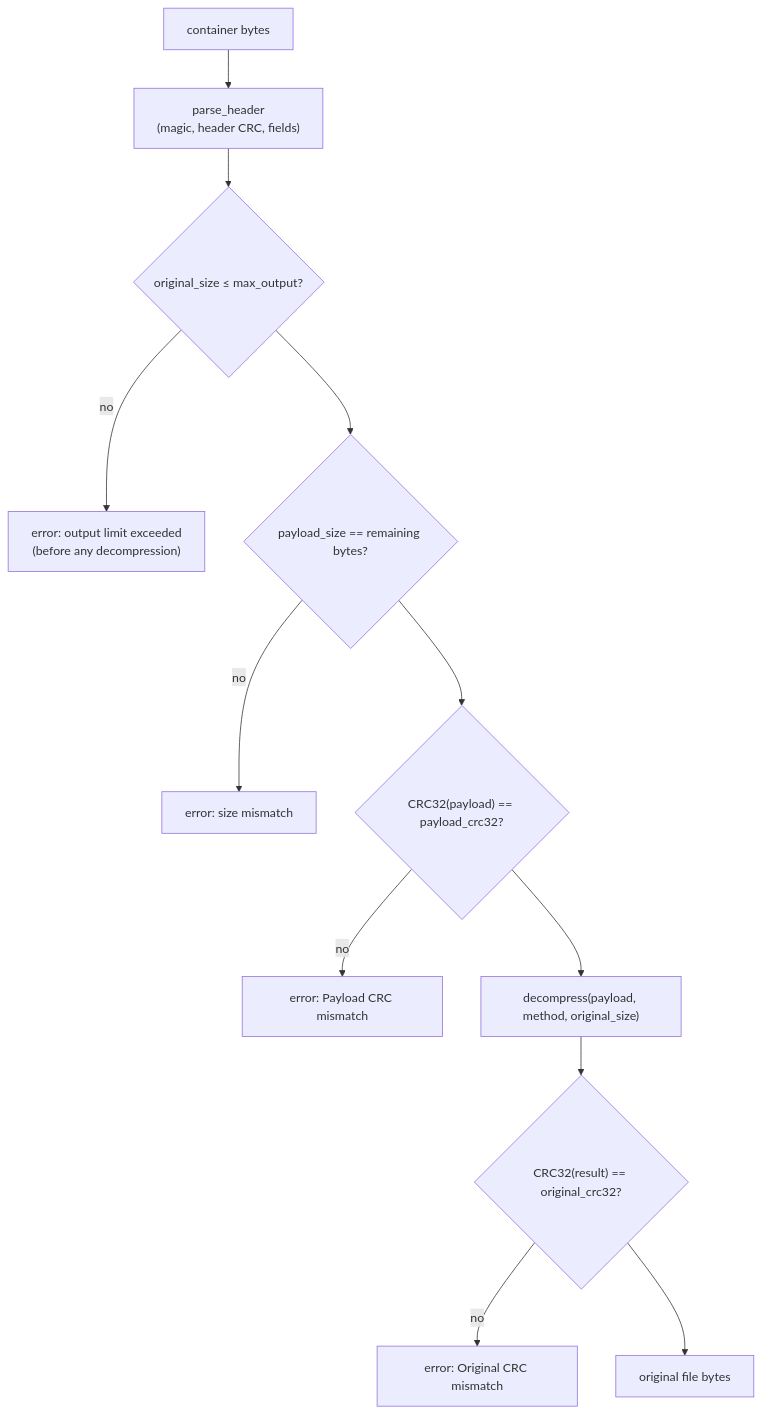
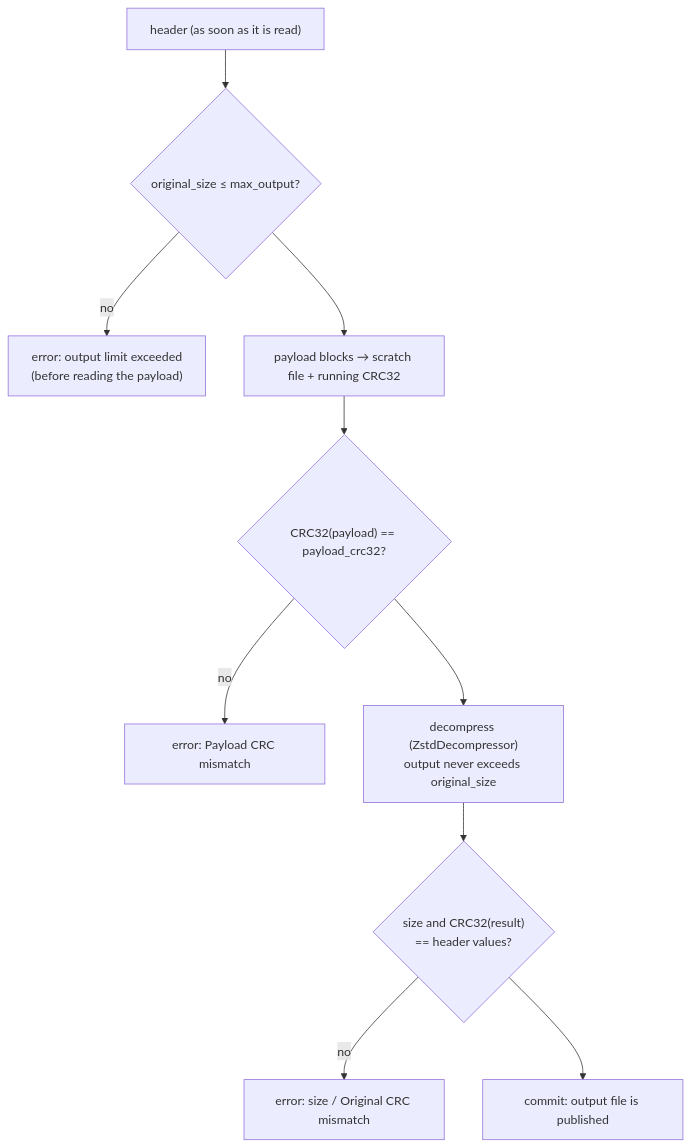
One commit to Viole1/bard-zip changed the sixth of 7 diagrams in docs/en/main-flow.md. Above: the diagram before and after it, drawn with Mermaid. The commit also changed other lines of this file and 36 other files, not shown here.

````diff
--- a/docs/en/main-flow.md
+++ b/docs/en/main-flow.md
@@ -99,14 +108,12 @@
 ```mermaid
 flowchart TD
-    A["container bytes"] --> B["parse_header<br/>(magic, header CRC, fields)"]
-    B --> C{"original_size ≤ max_output?"}
-    C -->|no| X["error: output limit exceeded<br/>(before any decompression)"]
-    C --> D{"payload_size == remaining bytes?"}
-    D -->|no| X2["error: size mismatch"]
-    D --> E{"CRC32(payload) == payload_crc32?"}
+    A["header (as soon as it is read)"] --> C{"original_size ≤ max_output?"}
+    C -->|no| X["error: output limit exceeded<br/>(before reading the payload)"]
+    C --> P["payload blocks → scratch file + running CRC32"]
+    P --> E{"CRC32(payload) == payload_crc32?"}
     E -->|no| X3["error: Payload CRC mismatch"]
-    E --> F["decompress(payload, method, original_size)"]
-    F --> G{"CRC32(result) == original_crc32?"}
-    G -->|no| X4["error: Original CRC mismatch"]
-    G --> OK["original file bytes"]
+    E --> F["decompress (ZstdDecompressor)<br/>output never exceeds original_size"]
+    F --> G{"size and CRC32(result)<br/>== header values?"}
+    G -->|no| X4["error: size / Original CRC mismatch"]
+    G --> OK["commit: output file is published"]
 ```
````
